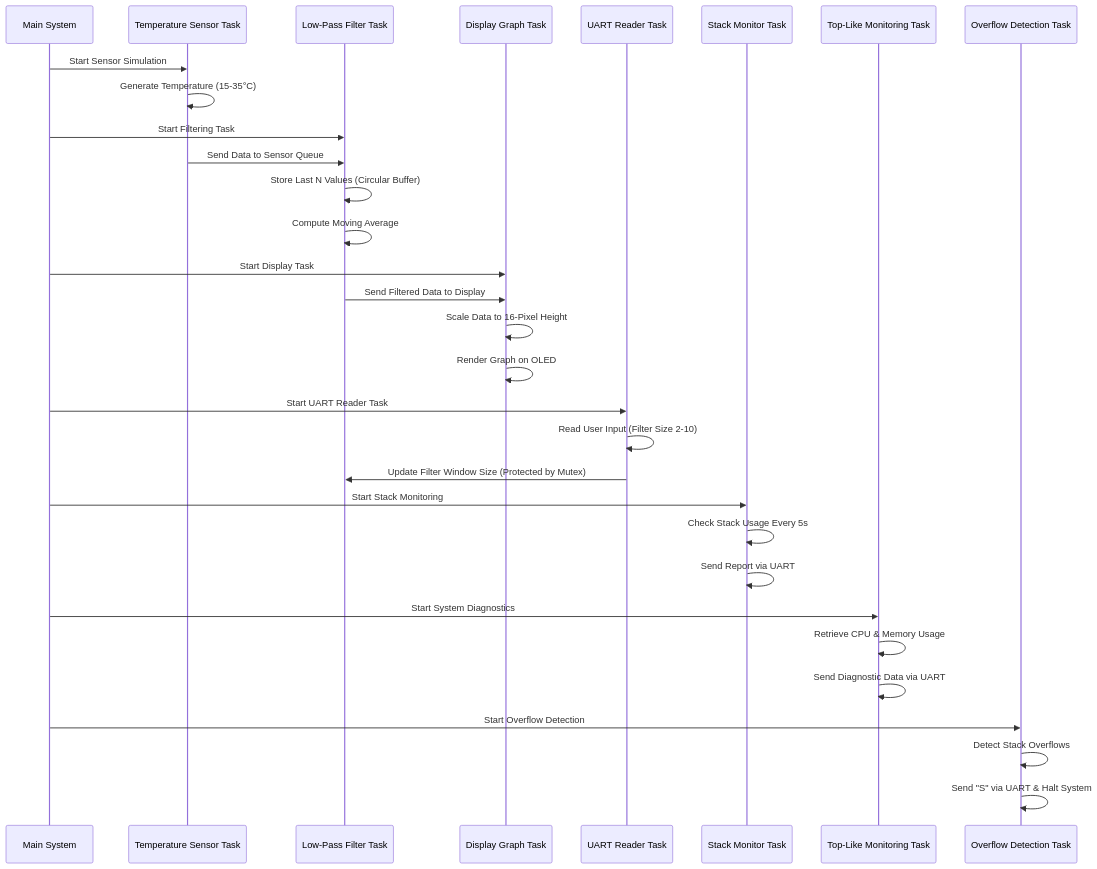
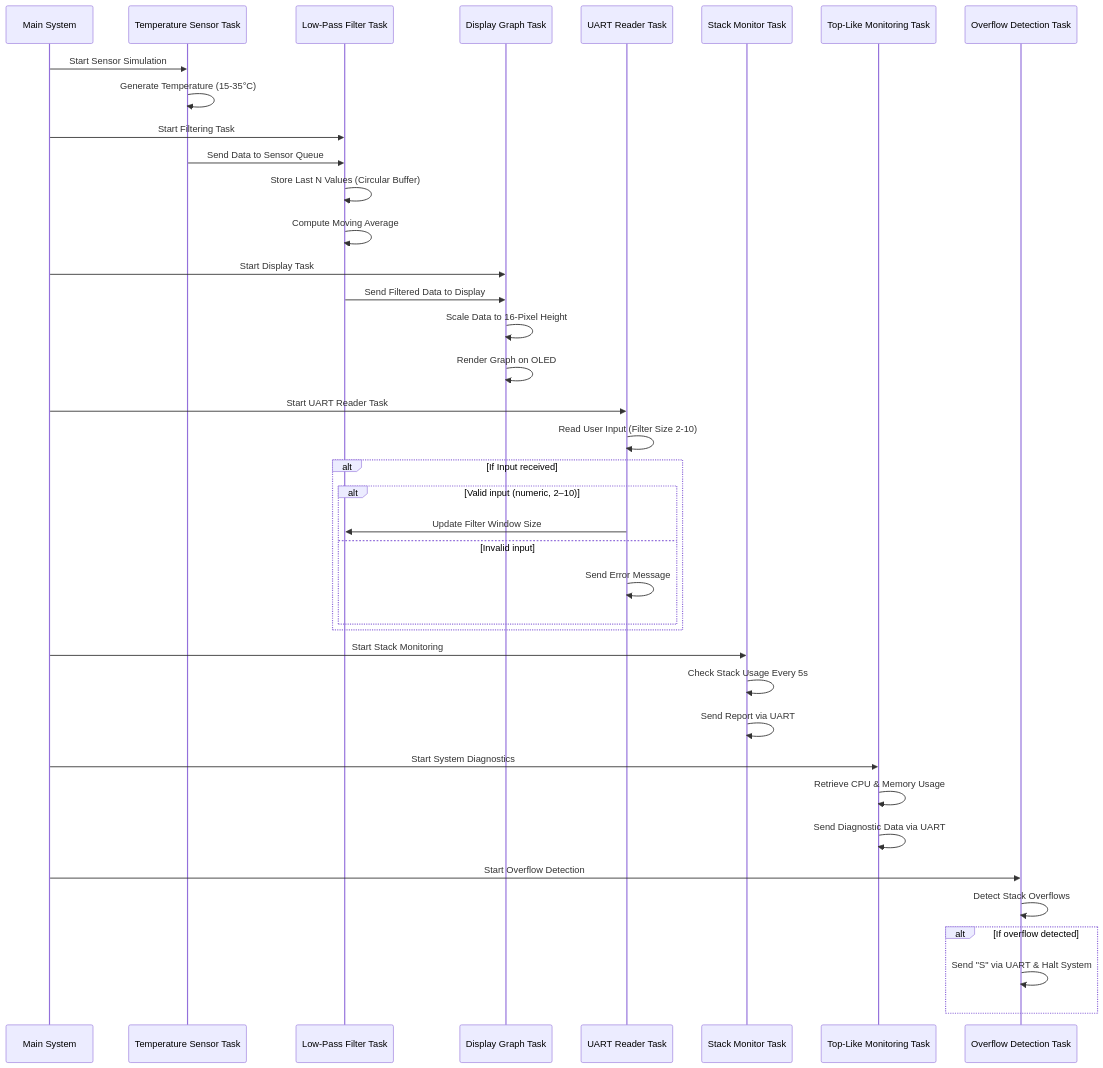
Before and after one commit to daviddaguero/lab4_so2: the diagram in informe.md, drawn with Mermaid. The commit also changed other lines of this file and 1 other file, not shown here.

Commit message:
Mutex removed because it was no longer necessary. Fixed minor details in sequence diagram

````diff
--- a/informe.md
+++ b/informe.md
@@ -78,44 +76,51 @@
 ```mermaid
 sequenceDiagram
     participant Main as Main System
     participant Sensor as Temperature Sensor Task
     participant Filter as Low-Pass Filter Task
     participant Display as Display Graph Task
     participant UART as UART Reader Task
     participant Monitor as Stack Monitor Task
     participant Top as Top-Like Monitoring Task
     participant Overflow as Overflow Detection Task
     
     Main ->> Sensor: Start Sensor Simulation
     Sensor ->> Sensor: Generate Temperature (15-35°C)
     
     Main ->> Filter: Start Filtering Task
     
     Sensor ->> Filter: Send Data to Sensor Queue
     
     Filter ->> Filter: Store Last N Values (Circular Buffer)
     Filter ->> Filter: Compute Moving Average
     
     Main ->> Display: Start Display Task
     
     Filter ->> Display: Send Filtered Data to Display
     
     Display ->> Display: Scale Data to 16-Pixel Height
     Display ->> Display: Render Graph on OLED
     
     Main ->> UART: Start UART Reader Task
     UART ->> UART: Read User Input (Filter Size 2-10)
-    UART ->> Filter: Update Filter Window Size (Protected by Mutex)
-    
+    alt If Input received
+        alt Valid input (numeric, 2–10)
+            UART ->> Filter: Update Filter Window Size
+        else Invalid input
+            UART ->> UART: Send Error Message
+        end
+    end
     Main ->> Monitor: Start Stack Monitoring
     Monitor ->> Monitor: Check Stack Usage Every 5s
     Monitor ->> Monitor: Send Report via UART
     
     Main ->> Top: Start System Diagnostics
     Top ->> Top: Retrieve CPU & Memory Usage
     Top ->> Top: Send Diagnostic Data via UART
     
     Main ->> Overflow: Start Overflow Detection
     Overflow ->> Overflow: Detect Stack Overflows
-    Overflow ->> Overflow: Send "S" via UART & Halt System
+    alt If overflow detected
+        Overflow ->> Overflow: Send "S" via UART & Halt System
+    end
 ```
````
